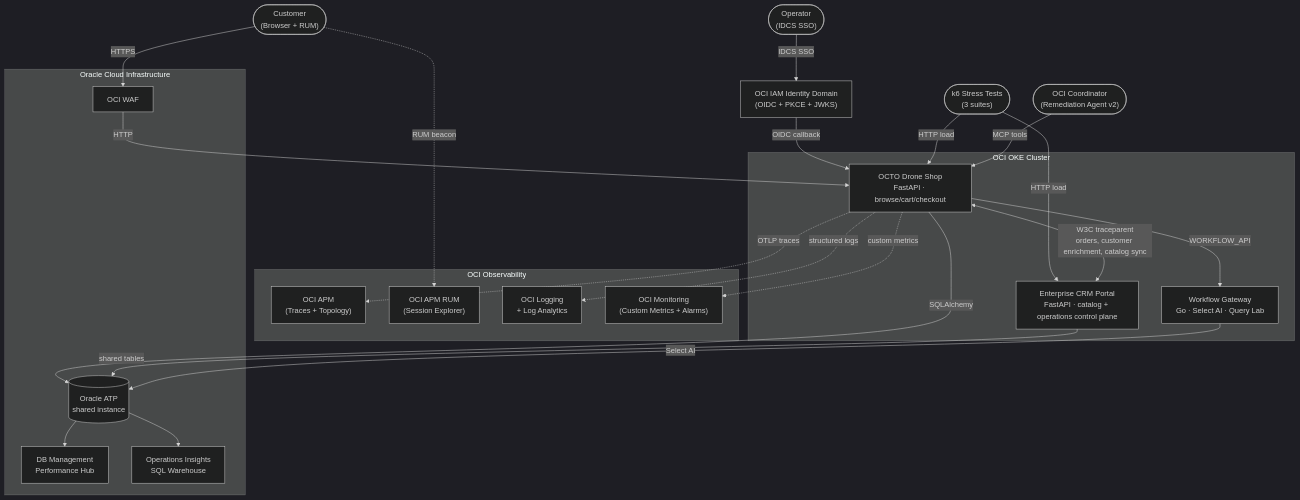
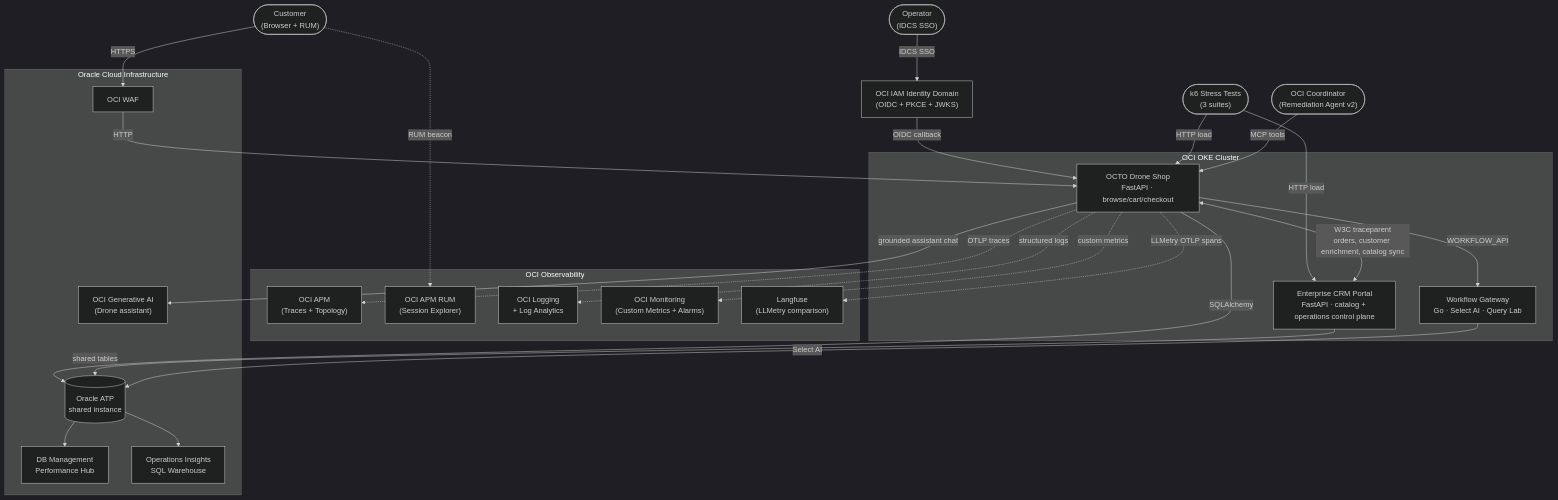
The first of 2 diagrams in shop/site/architecture/system-design.md (adibirzu/octo-apm-demo), drawn with Mermaid (dark theme) before and after one commit. The commit also changed other lines of this file and 267 other files, not shown here.

````diff
--- a/shop/site/architecture/system-design.md
+++ b/shop/site/architecture/system-design.md
@@ -5,45 +36,49 @@
 ```mermaid
 flowchart TD
     Customer(["Customer<br/>(Browser + RUM)"])
     Admin(["Operator<br/>(IDCS SSO)"])
     K6(["k6 Stress Tests<br/>(3 suites)"])
     Coordinator(["OCI Coordinator<br/>(Remediation Agent v2)"])
     IDCS["OCI IAM Identity Domain<br/>(OIDC + PKCE + JWKS)"]
 
     subgraph K8S_Cluster ["OCI OKE Cluster"]
         DroneShop["OCTO Drone Shop<br/>FastAPI · browse/cart/checkout"]
         WorkflowGW["Workflow Gateway<br/>Go · Select AI · Query Lab"]
         CRM["Enterprise CRM Portal<br/>FastAPI · catalog + operations control plane"]
     end
 
     subgraph Observability ["OCI Observability"]
         APM["OCI APM<br/>(Traces + Topology)"]
         RUM["OCI APM RUM<br/>(Session Explorer)"]
         Logging["OCI Logging<br/>+ Log Analytics"]
         Monitoring["OCI Monitoring<br/>(Custom Metrics + Alarms)"]
+        Langfuse["Langfuse<br/>(LLMetry comparison)"]
     end
 
     subgraph DataLayer ["Oracle Cloud Infrastructure"]
         DB[(Oracle ATP<br/>shared instance)]
+        GenAI["OCI Generative AI<br/>(Drone assistant)"]
         DBMgmt["DB Management<br/>Performance Hub"]
         OPSI["Operations Insights<br/>SQL Warehouse"]
         WAF["OCI WAF"]
     end
 
     Customer -->|HTTPS| WAF -->|HTTP| DroneShop
     Customer -.->|RUM beacon| RUM
     Admin -->|IDCS SSO| IDCS -->|OIDC callback| DroneShop
     K6 -->|HTTP load| DroneShop
     K6 -->|HTTP load| CRM
     DroneShop <-->|"W3C traceparent<br/>orders, customer enrichment, catalog sync"| CRM
     DroneShop -->|WORKFLOW_API| WorkflowGW
+    DroneShop -->|grounded assistant chat| GenAI
     Coordinator -->|"MCP tools"| DroneShop
     DroneShop -->|SQLAlchemy| DB
     CRM -->|shared tables| DB
     WorkflowGW -->|Select AI| DB
     DB --> DBMgmt
     DB --> OPSI
     DroneShop -.->|OTLP traces| APM
     DroneShop -.->|structured logs| Logging
     DroneShop -.->|custom metrics| Monitoring
+    DroneShop -.->|LLMetry OTLP spans| Langfuse
 ```
````
